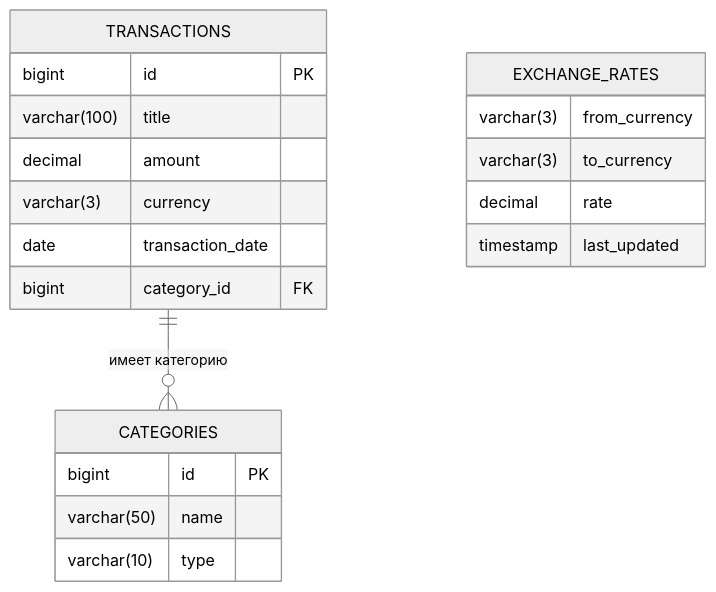
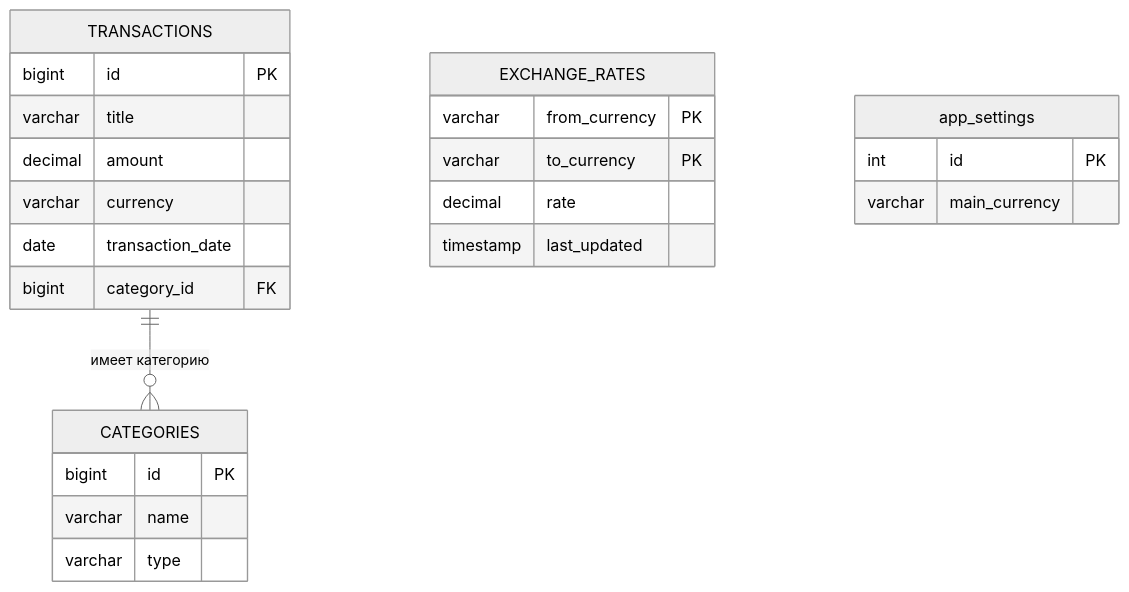
The diagram in Readme.md (MaximVill/FinanceTracker), drawn with Mermaid (neutral theme) before and after one commit. The commit also changed other lines of this file, not shown here.

````diff
--- a/Readme.md
+++ b/Readme.md
@@ -65,23 +67,27 @@
 ```mermaid
 erDiagram
     TRANSACTIONS ||--o{ CATEGORIES : "имеет категорию"
     TRANSACTIONS {
         bigint id PK
-        varchar(100) title
+        varchar title
         decimal amount
-        varchar(3) currency
+        varchar currency
         date transaction_date
         bigint category_id FK
     }
     CATEGORIES {
         bigint id PK
-        varchar(50) name
-        varchar(10) type
+        varchar name
+        varchar type
     }
     EXCHANGE_RATES {
-        varchar(3) from_currency
-        varchar(3) to_currency
+        varchar from_currency PK
+        varchar to_currency PK
         decimal rate
         timestamp last_updated
     }
+    app_settings {
+        int id PK
+        varchar main_currency
+    }
 ```
````
